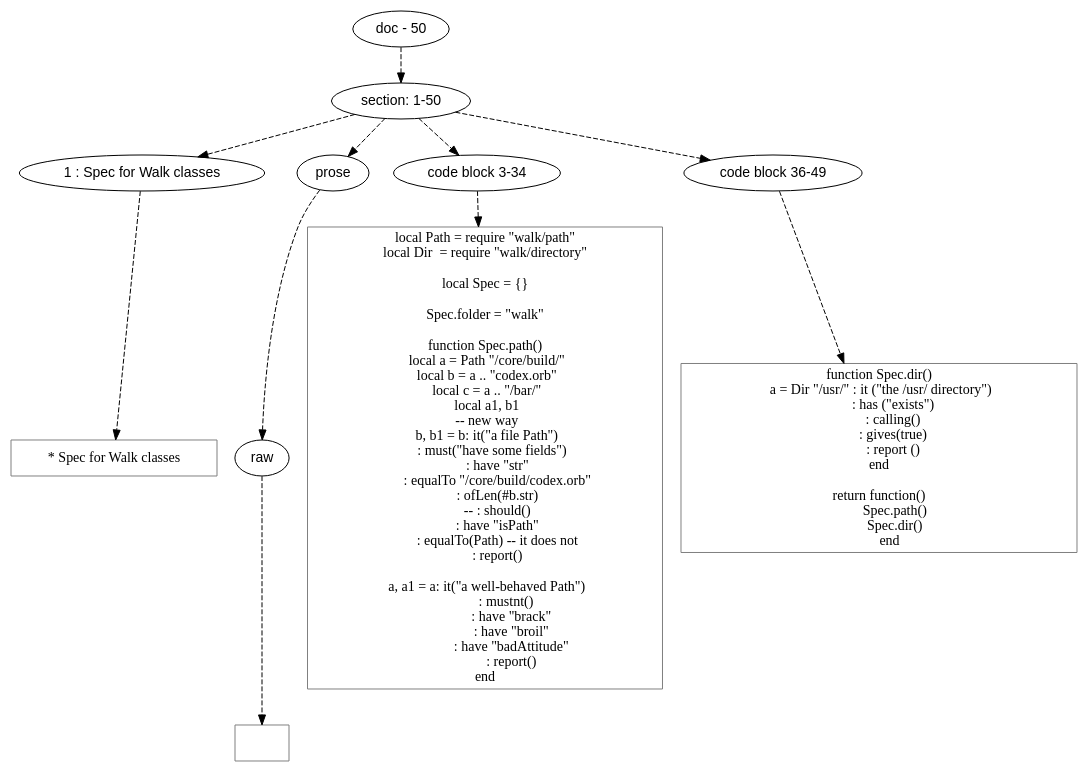
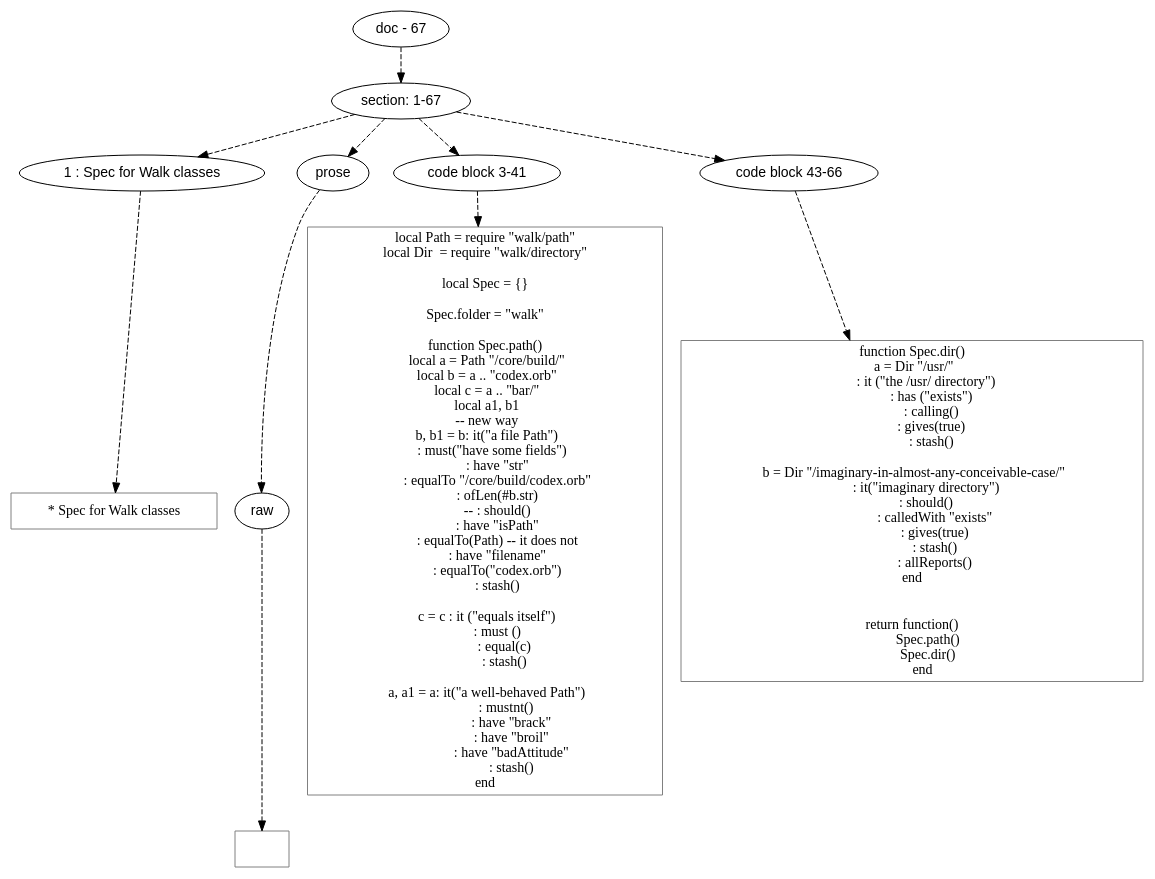
The diagram in doc/dot/spec/walk-spec.dot (mnemnion/orb), drawn with Graphviz before and after one commit. The commit also changed 4 other files, not shown here.

```diff
--- a/doc/dot/spec/walk-spec.dot
+++ b/doc/dot/spec/walk-spec.dot
@@ -1,97 +1,114 @@
 digraph lpegNode {
 
 node [fontname=Helvetica]
 edge [style=dashed]
 
-doc_0 [label="doc - 50"]
+doc_0 [label="doc - 67"]
 
 
 doc_0 -> { section_1}
 {rank=same; section_1}
 
-section_1 [label="section: 1-50"]
+section_1 [label="section: 1-67"]
 
 
 // END RANK doc_0
 
 section_1 -> { header_2 prose_3 codeblock_4 codeblock_5}
 {rank=same; header_2 prose_3 codeblock_4 codeblock_5}
 
 header_2 [label="1 : Spec for Walk classes"]
 
 prose_3 [label="prose"]
 
-codeblock_4 [label="code block 3-34"]
+codeblock_4 [label="code block 3-41"]
 
-codeblock_5 [label="code block 36-49"]
+codeblock_5 [label="code block 43-66"]
 
 
 // END RANK section_1
 
 header_2 -> leaf_6
 leaf_6  [color=Gray,shape=rectangle,fontname=Inconsolata,label="* Spec for Walk classes"]
 // END RANK header_2
 
 prose_3 -> { raw_7}
 {rank=same; raw_7}
 
 raw_7 [label="raw"]
 
 
 // END RANK prose_3
 
 raw_7 -> leaf_8
 leaf_8  [color=Gray,shape=rectangle,fontname=Inconsolata,label="
 "]
 // END RANK raw_7
 
 codeblock_4 -> leaf_9
 leaf_9  [color=Gray,shape=rectangle,fontname=Inconsolata,label="local Path = require \"walk/path\"
 local Dir  = require \"walk/directory\"
 
 local Spec = {}
 
 Spec.folder = \"walk\"
 
 function Spec.path()
   local a = Path \"/core/build/\"
   local b = a .. \"codex.orb\"
-  local c = a .. \"/bar/\"
+  local c = a .. \"bar/\"
   local a1, b1
   -- new way
   b, b1 = b: it(\"a file Path\")
      : must(\"have some fields\")
         : have \"str\"
         : equalTo \"/core/build/codex.orb\"
         : ofLen(#b.str)
         -- : should()
         : have \"isPath\"
         : equalTo(Path) -- it does not
-        : report()
+        : have \"filename\"
+        : equalTo(\"codex.orb\")
+        : stash()
+
+  c = c : it (\"equals itself\")
+        : must ()
+            : equal(c)
+            : stash()
 
   a, a1 = a: it(\"a well-behaved Path\")
              : mustnt()
                 : have \"brack\"
                 : have \"broil\"
                 : have \"badAttitude\"
-                : report()
+                : stash()
 end"]
 // END RANK codeblock_4
 
 codeblock_5 -> leaf_10
 leaf_10  [color=Gray,shape=rectangle,fontname=Inconsolata,label="function Spec.dir()
-  a = Dir \"/usr/\" : it (\"the /usr/ directory\")
-         : has (\"exists\")
-         : calling()
-         : gives(true)
-         : report ()
+  a = Dir \"/usr/\"
+         : it (\"the /usr/ directory\")
+            : has (\"exists\")
+            : calling()
+            : gives(true)
+            : stash()
+
+  b = Dir \"/imaginary-in-almost-any-conceivable-case/\"
+         : it(\"imaginary directory\")
+         : should()
+              : calledWith \"exists\"
+              : gives(true)
+              : stash()
+              : allReports()
 end
+
 
 return function()
           Spec.path()
           Spec.dir()
        end"]
 // END RANK codeblock_5
 
 
 }
```
